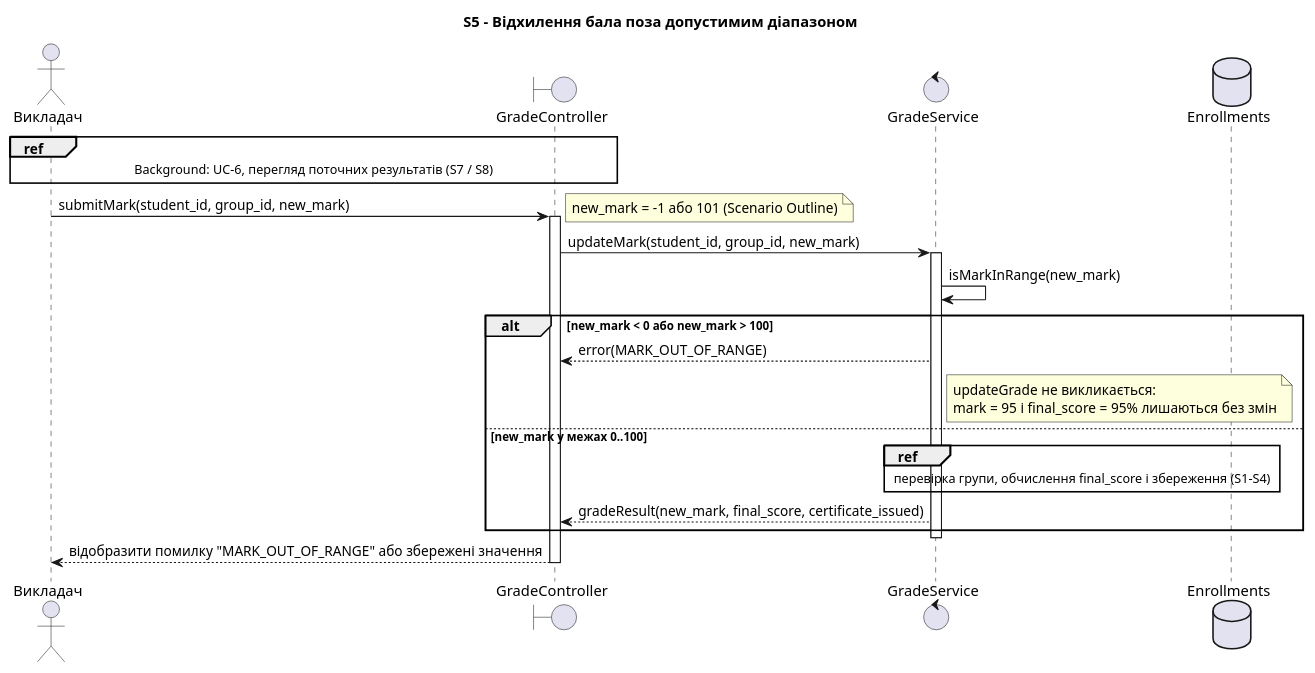
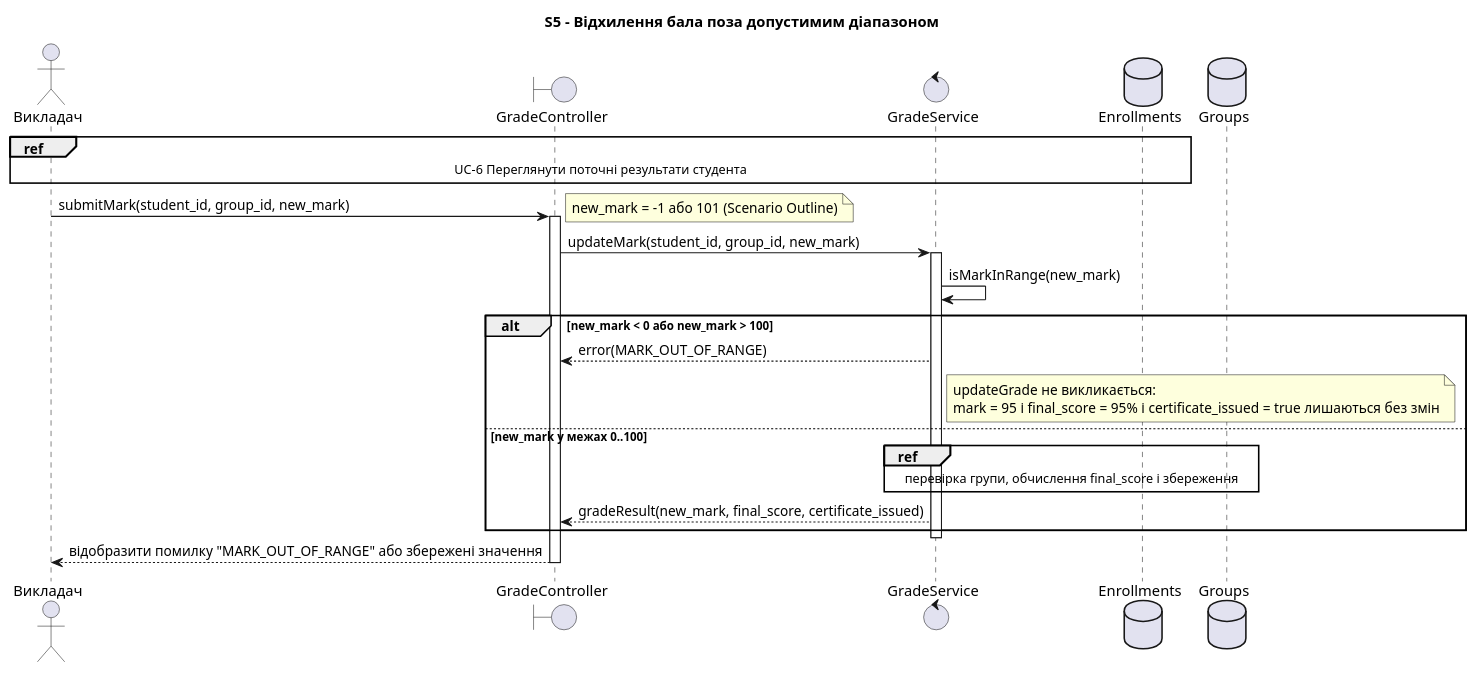
One commit to ka1tya/KPI changed the fifth of 8 diagrams in lab3/sequence-diagrams.puml. Above: the diagram before and after it, drawn with PlantUML. The commit also changed other lines of this file and 9 other files, not shown here.

```diff
--- a/lab3/sequence-diagrams.puml
+++ b/lab3/sequence-diagrams.puml
@@ -185,28 +185,29 @@
 @startuml S5
  title S5 - Відхилення бала поза допустимим діапазоном
 
  actor "Викладач" as Teacher
  boundary "GradeController" as Controller
  control "GradeService" as GradeService
  database "Enrollments" as Enrollments
+ database "Groups" as Groups
  
- ref over Teacher, Controller : Background: UC-6, перегляд поточних результатів (S7 / S8)
+ ref over Teacher, Enrollments : UC-6 Переглянути поточні результати студента
 
  Teacher -> Controller : submitMark(student_id, group_id, new_mark)
  note right : new_mark = -1 або 101 (Scenario Outline)
  activate Controller
  Controller -> GradeService : updateMark(student_id, group_id, new_mark)
  activate GradeService
 
  GradeService -> GradeService : isMarkInRange(new_mark)
  alt new_mark < 0 або new_mark > 100
    GradeService --> Controller : error(MARK_OUT_OF_RANGE)
-   note right of GradeService : updateGrade не викликається:\nmark = 95 і final_score = 95% лишаються без змін
+   note right of GradeService : updateGrade не викликається:\nmark = 95 і final_score = 95% і certificate_issued = true лишаються без змін
  else new_mark у межах 0..100
-   ref over GradeService, Enrollments : перевірка групи, обчислення final_score і збереження (S1-S4)
+   ref over GradeService, Enrollments, Groups : перевірка групи, обчислення final_score і збереження
    GradeService --> Controller : gradeResult(new_mark, final_score, certificate_issued)
  end
  deactivate GradeService
  Controller --> Teacher : відобразити помилку "MARK_OUT_OF_RANGE" або збережені значення
  deactivate Controller
 @enduml
```
